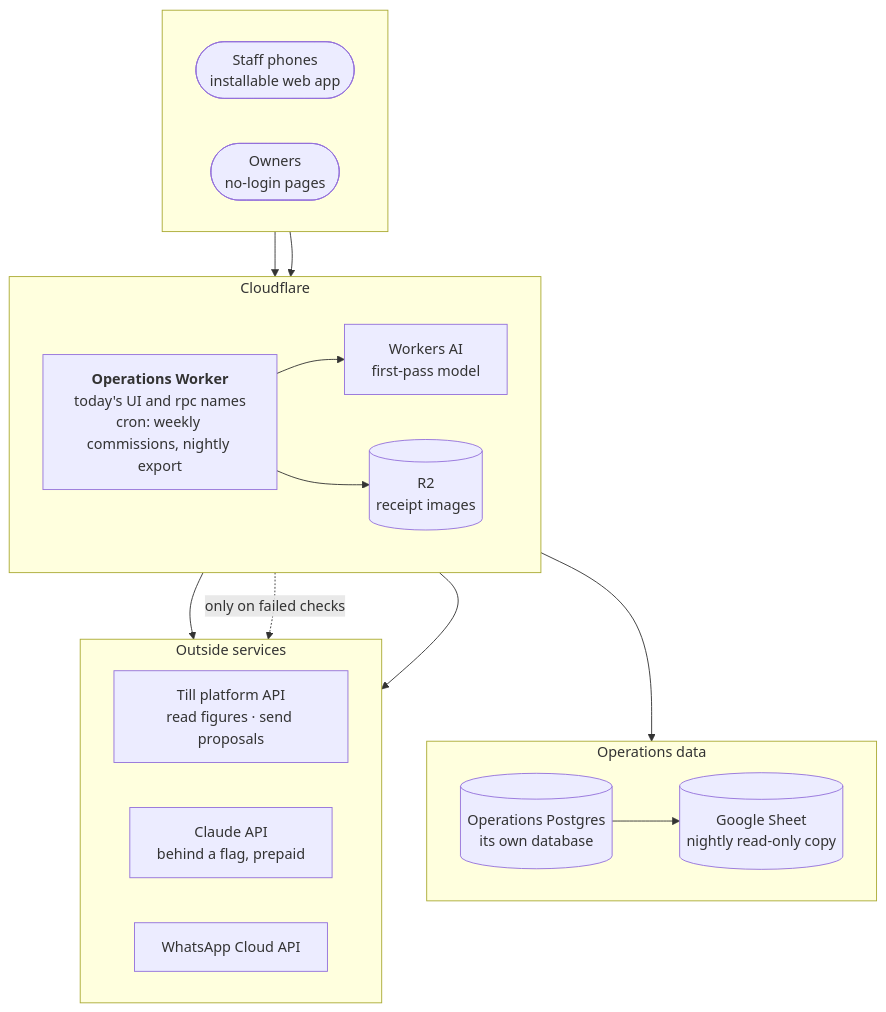
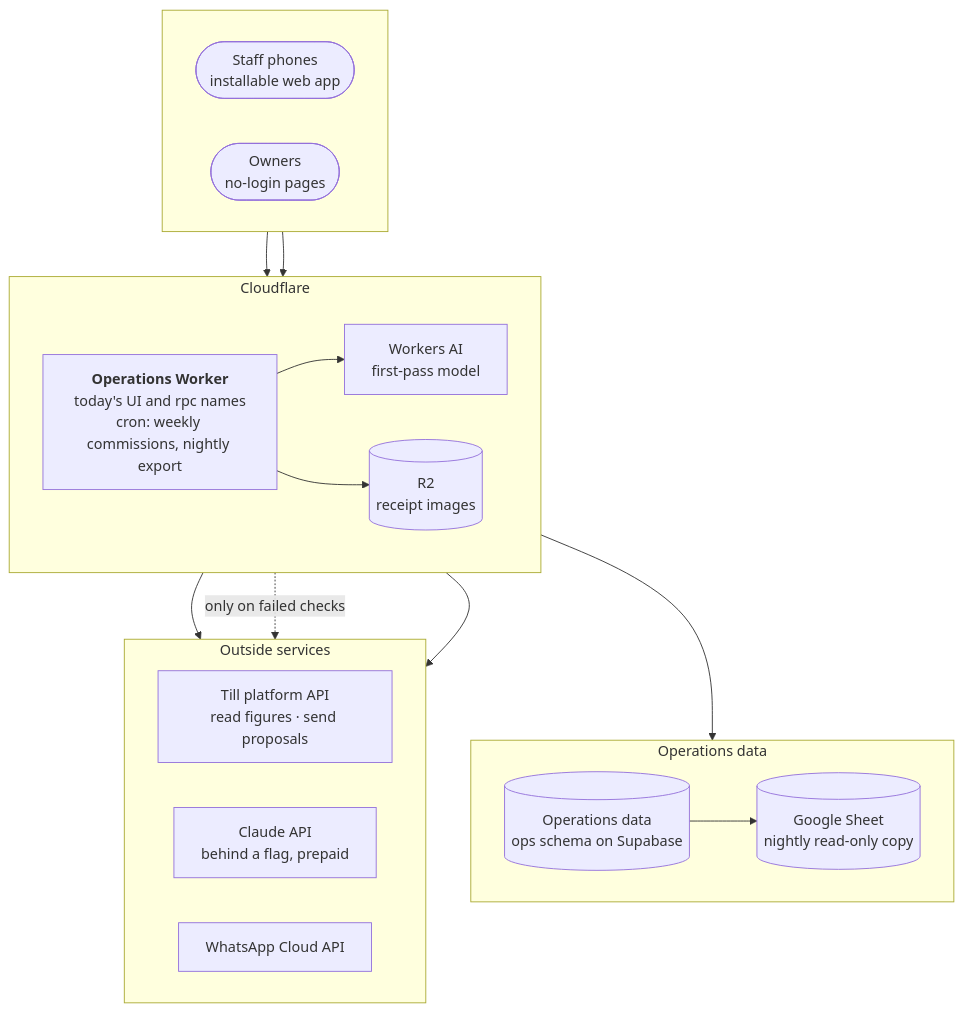
The first of 3 diagrams in docs/plans/2026-11-operations-app-migration.md (ashinjoseph/StoreOps), drawn with Mermaid before and after one commit. The commit also changed other lines of this file and 5 other files, not shown here.

First line of the commit message:
Plan the Operations move with the owner's answers: shared Supabase, till API request

````diff
--- a/docs/plans/2026-11-operations-app-migration.md
+++ b/docs/plans/2026-11-operations-app-migration.md
@@ -27,38 +27,38 @@
 ```mermaid
 flowchart TB
     subgraph people[" "]
         direction LR
         staff(["Staff phones<br/>installable web app"])
         owner(["Owners<br/>no-login pages"])
     end
 
     subgraph cf["Cloudflare"]
         direction LR
         app["<b>Operations Worker</b><br/>today's UI and rpc names<br/>cron: weekly commissions, nightly export"]
         wai["Workers AI<br/>first-pass model"]
         r2[("R2<br/>receipt images")]
     end
 
     subgraph data["Operations data"]
         direction LR
-        opsdb[("Operations Postgres<br/>its own database")]
+        opsdb[("Operations data<br/>ops schema on Supabase")]
         sheet[("Google Sheet<br/>nightly read-only copy")]
     end
 
     subgraph ext["Outside services"]
         direction LR
         till["Till platform API<br/>read figures · send proposals"]
         claude["Claude API<br/>behind a flag, prepaid"]
         wa["WhatsApp Cloud API"]
     end
 
     staff --> app
     owner --> app
     app --> wai
     app --> r2
     app --> opsdb
     opsdb --> sheet
     app --> till
     app -. "only on failed checks" .-> claude
     app --> wa
 ```
````
